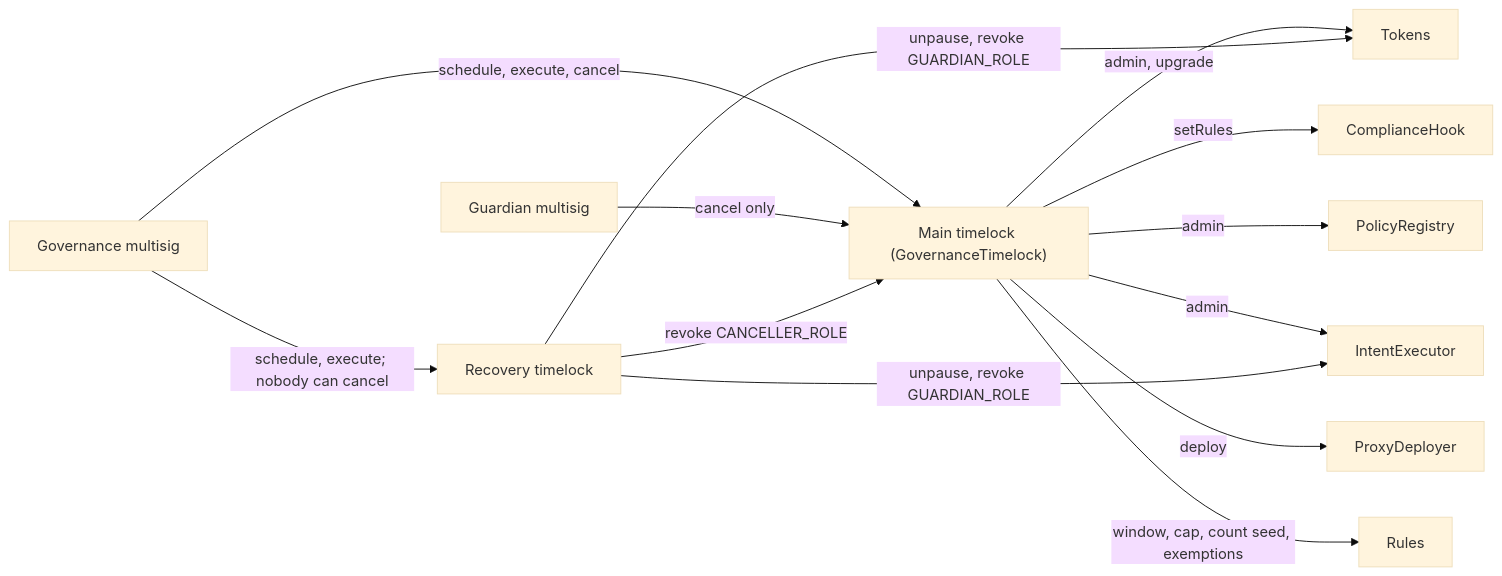
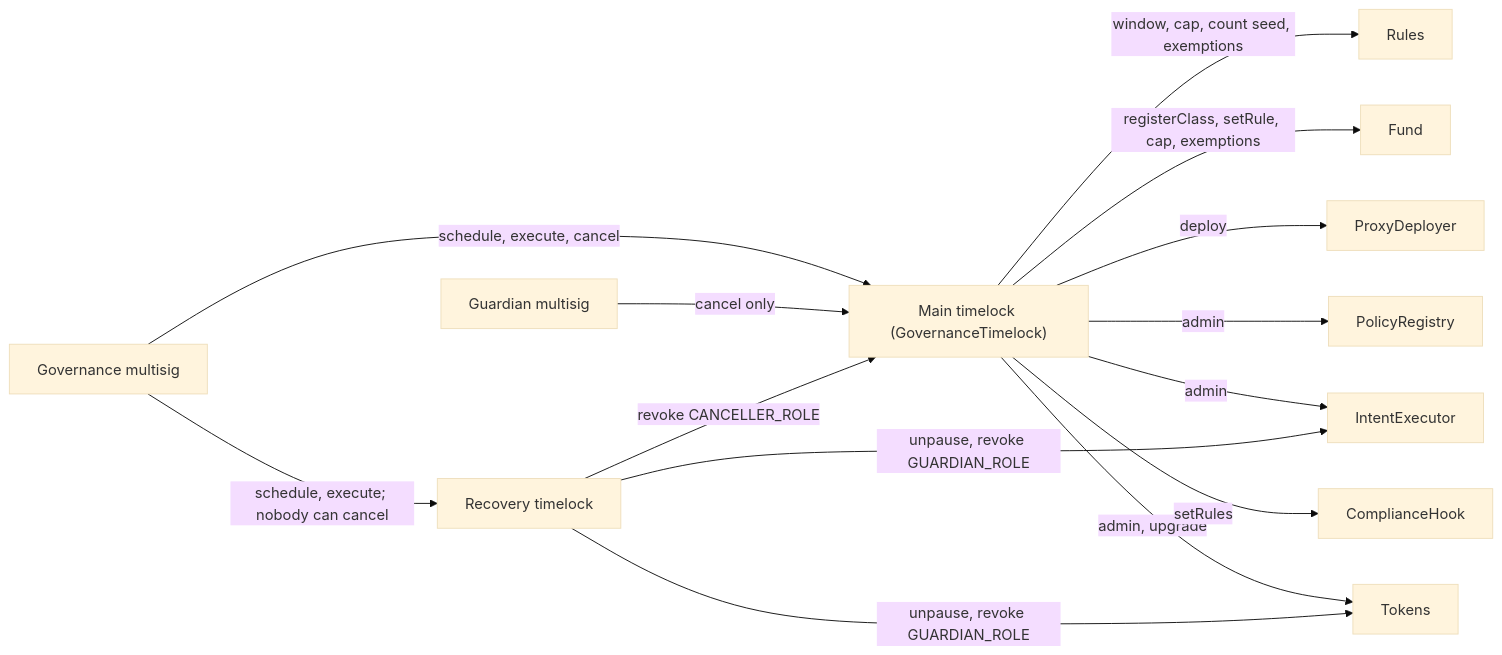
Before and after one commit to fepvenancio/rwa-token: the first of 2 diagrams in docs/roles.md, drawn with Mermaid (base theme). The commit also changed other lines of this file and 29 other files, not shown here.

````diff
--- a/docs/roles.md
+++ b/docs/roles.md
@@ -56,15 +57,16 @@
 ```mermaid
 flowchart LR
   Gov["Governance multisig"] -->|"schedule, execute, cancel"| TL["Main timelock (GovernanceTimelock)"]
   Guard["Guardian multisig"] -->|"cancel only"| TL
   TL -->|"admin, upgrade"| Tokens["Tokens"]
   TL -->|"setRules"| Hook["ComplianceHook"]
   TL -->|"admin"| Reg["PolicyRegistry"]
   TL -->|"admin"| Exec["IntentExecutor"]
   TL -->|"deploy"| PD["ProxyDeployer"]
+  TL -->|"registerClass, setRule, cap, exemptions"| Fund["Fund"]
   TL -->|"window, cap, count seed, exemptions"| Rules["Rules"]
   Gov -->|"schedule, execute; nobody can cancel"| RTL["Recovery timelock"]
   RTL -->|"unpause, revoke GUARDIAN_ROLE"| Tokens
   RTL -->|"unpause, revoke GUARDIAN_ROLE"| Exec
   RTL -->|"revoke CANCELLER_ROLE"| TL
 ```
````
